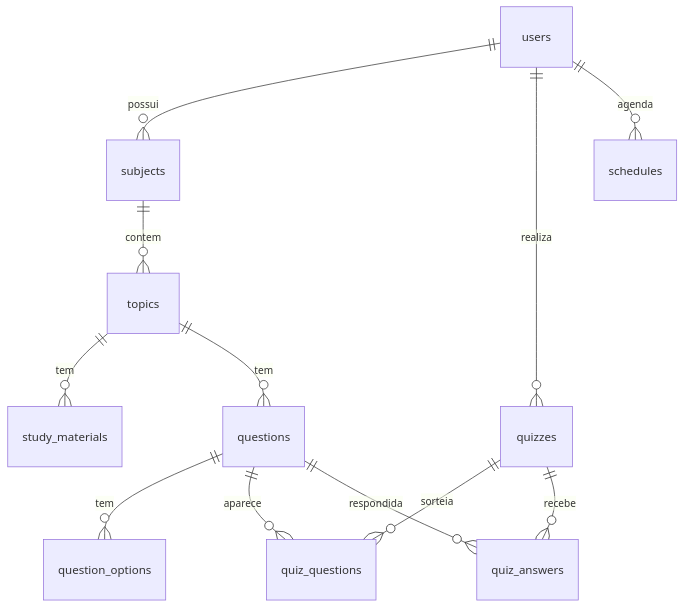
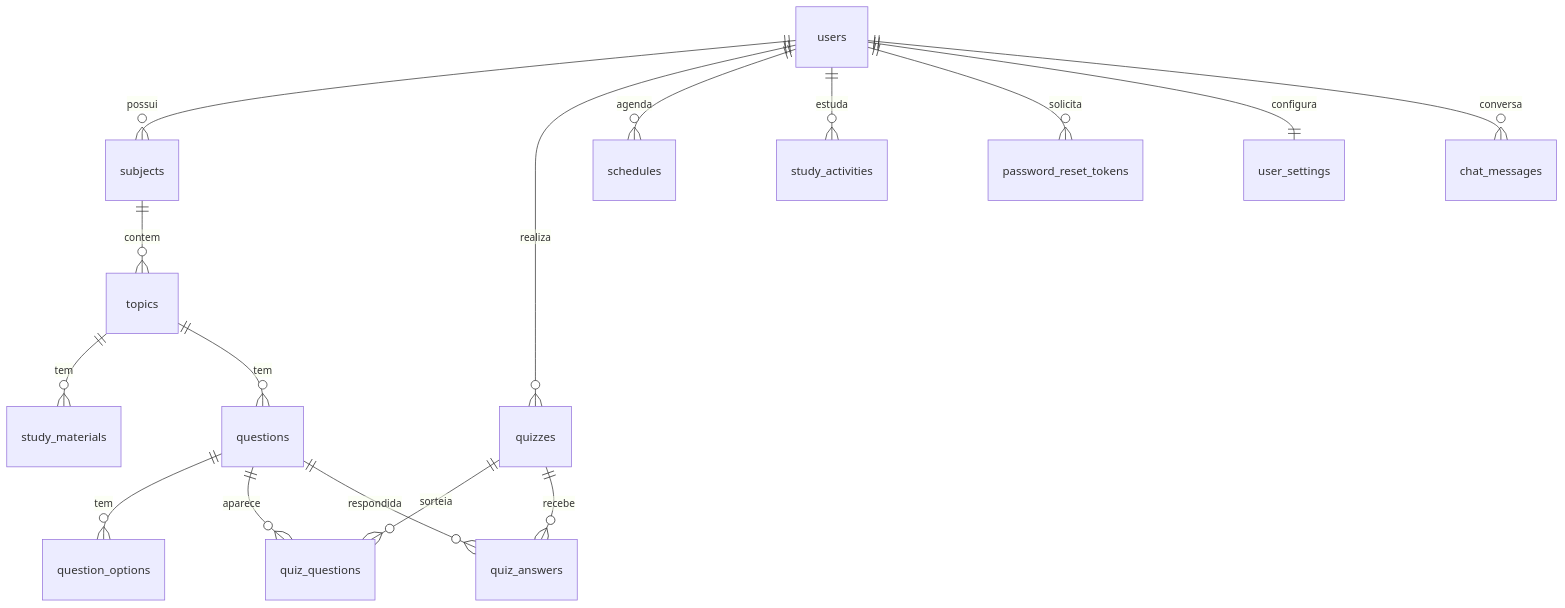
Before and after one commit to pedroalves-ads-uninassau/trilha-mais: the diagram in README.md, drawn with Mermaid. The commit also changed other lines of this file and 46 other files, not shown here.

````diff
--- a/README.md
+++ b/README.md
@@ -177,14 +181,18 @@
 ```mermaid
 erDiagram
     users ||--o{ subjects : possui
     users ||--o{ quizzes : realiza
     users ||--o{ schedules : agenda
     subjects ||--o{ topics : contem
     topics ||--o{ study_materials : tem
     topics ||--o{ questions : tem
     questions ||--o{ question_options : tem
     quizzes ||--o{ quiz_questions : sorteia
     quizzes ||--o{ quiz_answers : recebe
     questions ||--o{ quiz_questions : aparece
     questions ||--o{ quiz_answers : respondida
+    users ||--o{ study_activities : estuda
+    users ||--o{ password_reset_tokens : solicita
+    users ||--|| user_settings : configura
+    users ||--o{ chat_messages : conversa
 ```
````
